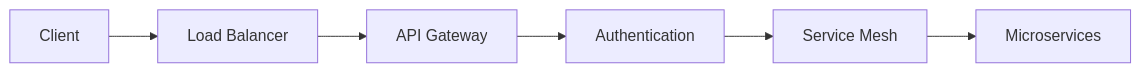
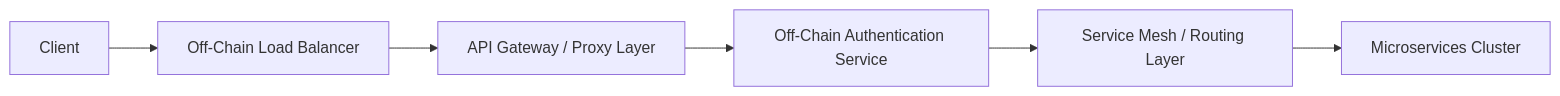
One commit to RivenLSCP/docs changed the second of 3 diagrams in technical/architecture.mdx. Above: the diagram before and after it, drawn with Mermaid. The commit also changed other lines of this file and 12 other files, not shown here.

````diff
--- a/technical/architecture.mdx
+++ b/technical/architecture.mdx
@@ -122,8 +116,8 @@
 ```mermaid
 graph LR
-    A[Client] --> B[Load Balancer]
-    B --> C[API Gateway]
-    C --> D[Authentication]
-    D --> E[Service Mesh]
-    E --> F[Microservices]
+    A[Client] --> B[Off-Chain Load Balancer]
+    B --> C[API Gateway / Proxy Layer]
+    C --> D[Off-Chain Authentication Service]
+    D --> E[Service Mesh / Routing Layer]
+    E --> F[Microservices Cluster]
 ```
````
